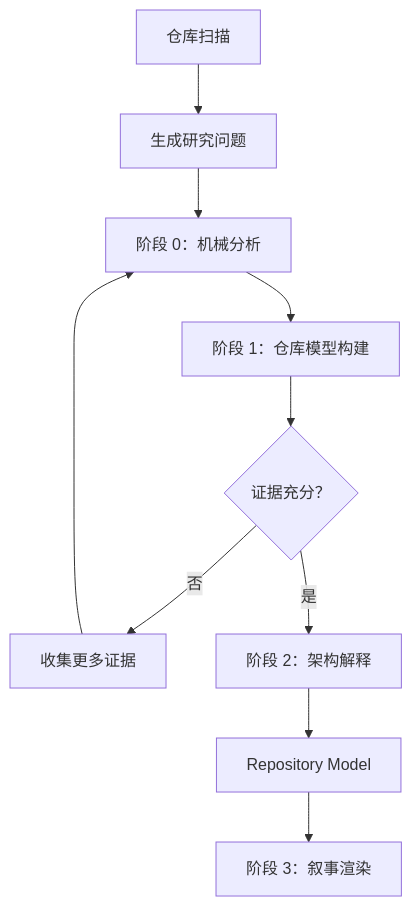
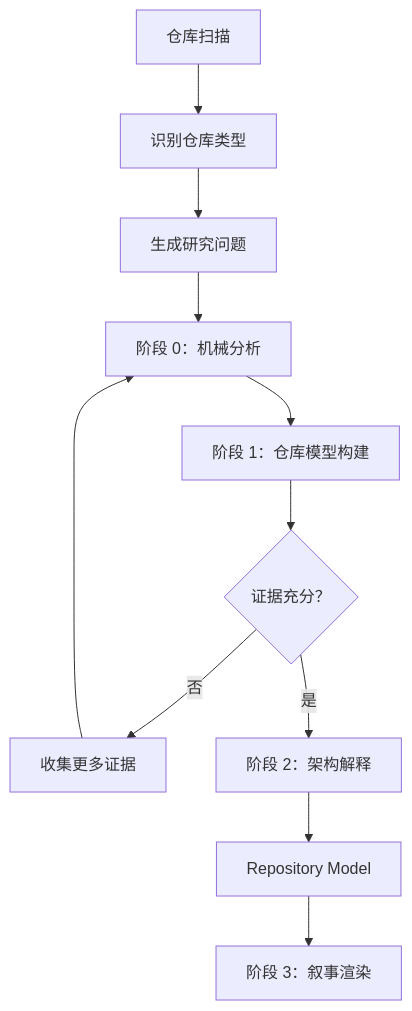
The second of 2 diagrams in .trae/skills/repo-research-v2/methodology.md (devweekly/devweekly.github.io), drawn with Mermaid before and after one commit. The commit also changed other lines of this file and 2 other files, not shown here.

````diff
--- a/.trae/skills/repo-research-v2/methodology.md
+++ b/.trae/skills/repo-research-v2/methodology.md
@@ -84,12 +85,13 @@
 ```mermaid
 flowchart TD
-    A[仓库扫描] --> B[生成研究问题]
-    B --> C[阶段 0：机械分析]
-    C --> D[阶段 1：仓库模型构建]
-    D --> E{证据充分？}
-    E -- 否 --> F[收集更多证据]
-    F --> C
-    E -- 是 --> G[阶段 2：架构解释]
-    G --> I[Repository Model]
-    I --> H[阶段 3：叙事渲染]
+    A[仓库扫描] --> B[识别仓库类型]
+    B --> C[生成研究问题]
+    C --> D[阶段 0：机械分析]
+    D --> E[阶段 1：仓库模型构建]
+    E --> F{证据充分？}
+    F -- 否 --> G[收集更多证据]
+    G --> D
+    F -- 是 --> H[阶段 2：架构解释]
+    H --> I[Repository Model]
+    I --> J[阶段 3：叙事渲染]
 ```
````
